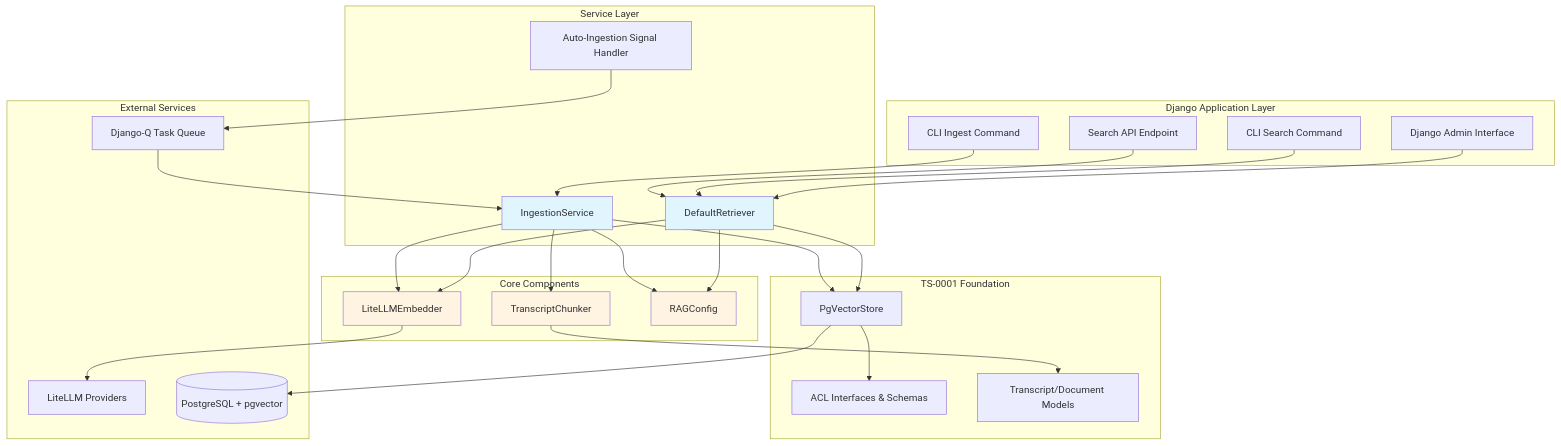
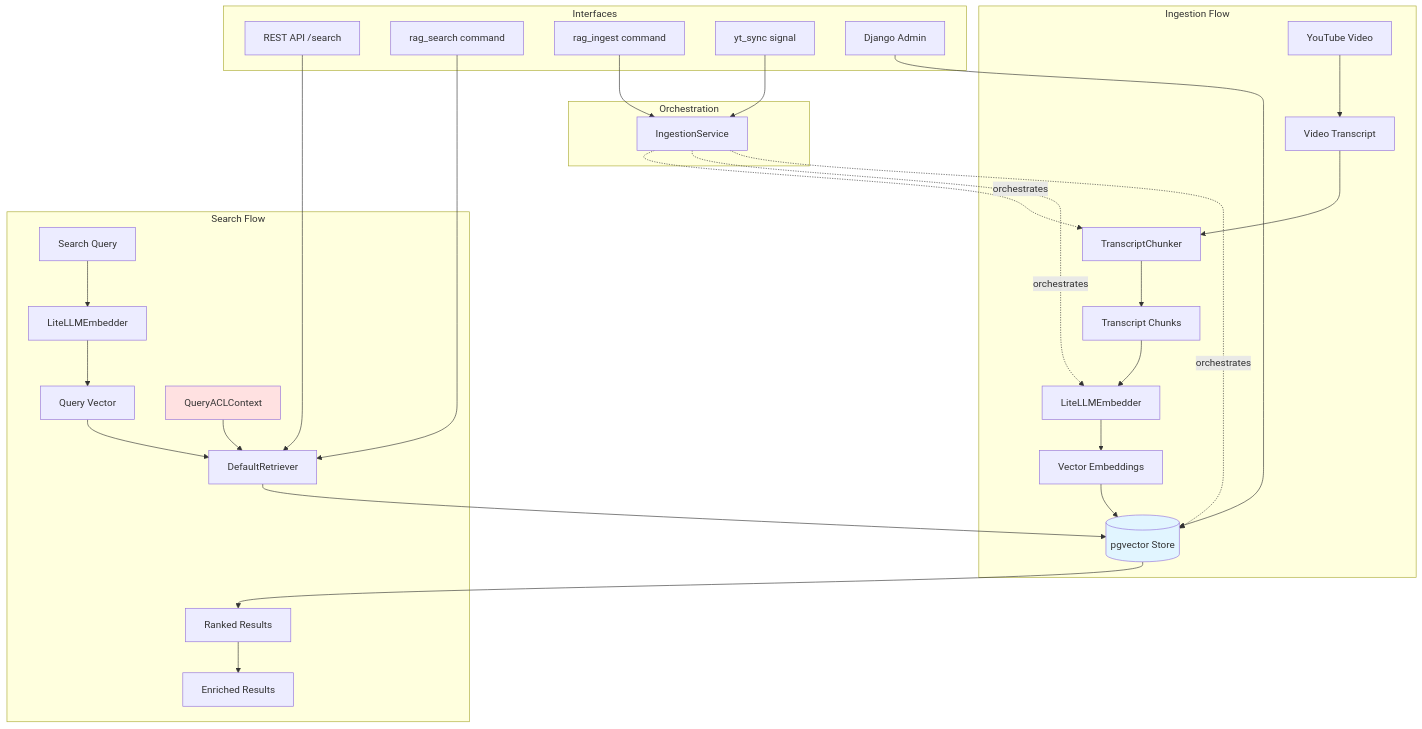
One commit to jpoutrin/content-sync-service changed the diagram in parallel/TS-0002-rag-transcript-ingestion/architecture.md. Above: the diagram before and after it, drawn with Mermaid. The commit also changed other lines of this file and 16 other files, not shown here.

First line of the commit message:
docs(rag-ts0002): refine architecture and task specifications for transcript ingestion

````diff
--- a/parallel/TS-0002-rag-transcript-ingestion/architecture.md
+++ b/parallel/TS-0002-rag-transcript-ingestion/architecture.md
@@ -9,60 +9,38 @@
 ```mermaid
 graph TB
-    subgraph "Django Application Layer"
-        API[Search API Endpoint]
-        Admin[Django Admin Interface]
-        CLI_Search[CLI Search Command]
-        CLI_Ingest[CLI Ingest Command]
+    subgraph "Ingestion Flow"
+        Video[YouTube Video] --> Transcript[Video Transcript]
+        Transcript --> Chunker[TranscriptChunker]
+        Chunker --> Chunks[Transcript Chunks]
+        Chunks --> Embedder[LiteLLMEmbedder]
+        Embedder --> Embeddings[Vector Embeddings]
+        Embeddings --> PgVector[(pgvector Store)]
     end
 
-    subgraph "Service Layer"
-        IngestionService[IngestionService]
-        DefaultRetriever[DefaultRetriever]
-        SignalHandler[Auto-Ingestion Signal Handler]
+    subgraph "Search Flow"
+        Query[Search Query] --> QueryEmbedder[LiteLLMEmbedder]
+        QueryEmbedder --> QueryVector[Query Vector]
+        QueryVector --> Retriever[DefaultRetriever]
+        ACLContext[QueryACLContext] --> Retriever
+        Retriever --> PgVector
+        PgVector --> Results[Ranked Results]
+        Results --> Enriched[Enriched Results]
     end
 
-    subgraph "Core Components"
-        TranscriptChunker[TranscriptChunker]
-        LiteLLMEmbedder[LiteLLMEmbedder]
-        Config[RAGConfig]
+    subgraph "Orchestration"
+        IngestionService[IngestionService] -.orchestrates.-> Chunker
+        IngestionService -.orchestrates.-> Embedder
+        IngestionService -.orchestrates.-> PgVector
     end
 
-    subgraph "TS-0001 Foundation"
-        PgVectorStore[PgVectorStore]
-        ACLSystem[ACL Interfaces & Schemas]
-        Models[Transcript/Document Models]
+    subgraph "Interfaces"
+        API[REST API /search] --> Retriever
+        CLISearch[rag_search command] --> Retriever
+        CLIIngest[rag_ingest command] --> IngestionService
+        Signal[yt_sync signal] --> IngestionService
+        Admin[Django Admin] --> PgVector
     end
 
-    subgraph "External Services"
-        LiteLLM[LiteLLM Providers]
-        PostgreSQL[(PostgreSQL + pgvector)]
-        DjangoQ[Django-Q Task Queue]
-    end
-
-    API --> DefaultRetriever
-    CLI_Search --> DefaultRetriever
-    CLI_Ingest --> IngestionService
-    Admin --> DefaultRetriever
-    SignalHandler --> DjangoQ
-    DjangoQ --> IngestionService
-
-    IngestionService --> TranscriptChunker
-    IngestionService --> LiteLLMEmbedder
-    IngestionService --> PgVectorStore
-    IngestionService --> Config
-
-    DefaultRetriever --> LiteLLMEmbedder
-    DefaultRetriever --> PgVectorStore
-    DefaultRetriever --> Config
-
-    TranscriptChunker --> Models
-    LiteLLMEmbedder --> LiteLLM
-    PgVectorStore --> PostgreSQL
-    PgVectorStore --> ACLSystem
-
-    style IngestionService fill:#e1f5ff
-    style DefaultRetriever fill:#e1f5ff
-    style TranscriptChunker fill:#fff4e1
-    style LiteLLMEmbedder fill:#fff4e1
-    style Config fill:#fff4e1
+    style PgVector fill:#e1f5ff
+    style ACLContext fill:#ffe1e1
 ```
````
